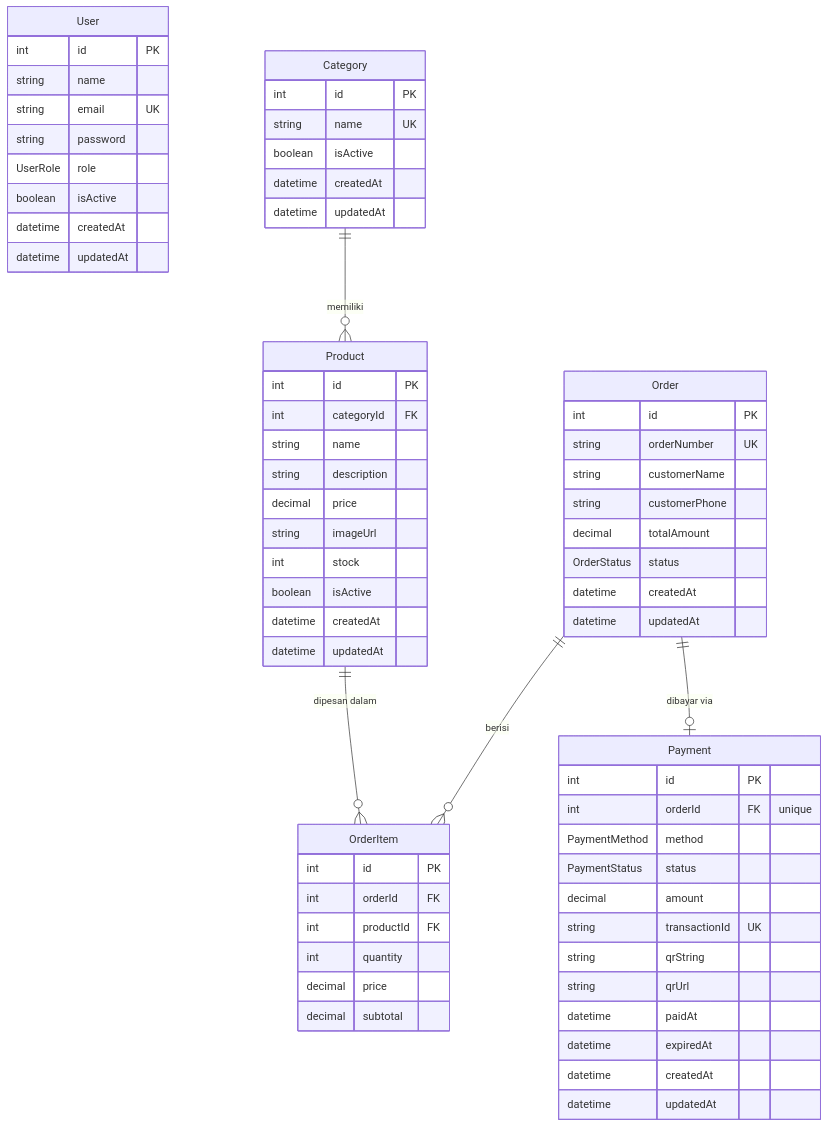
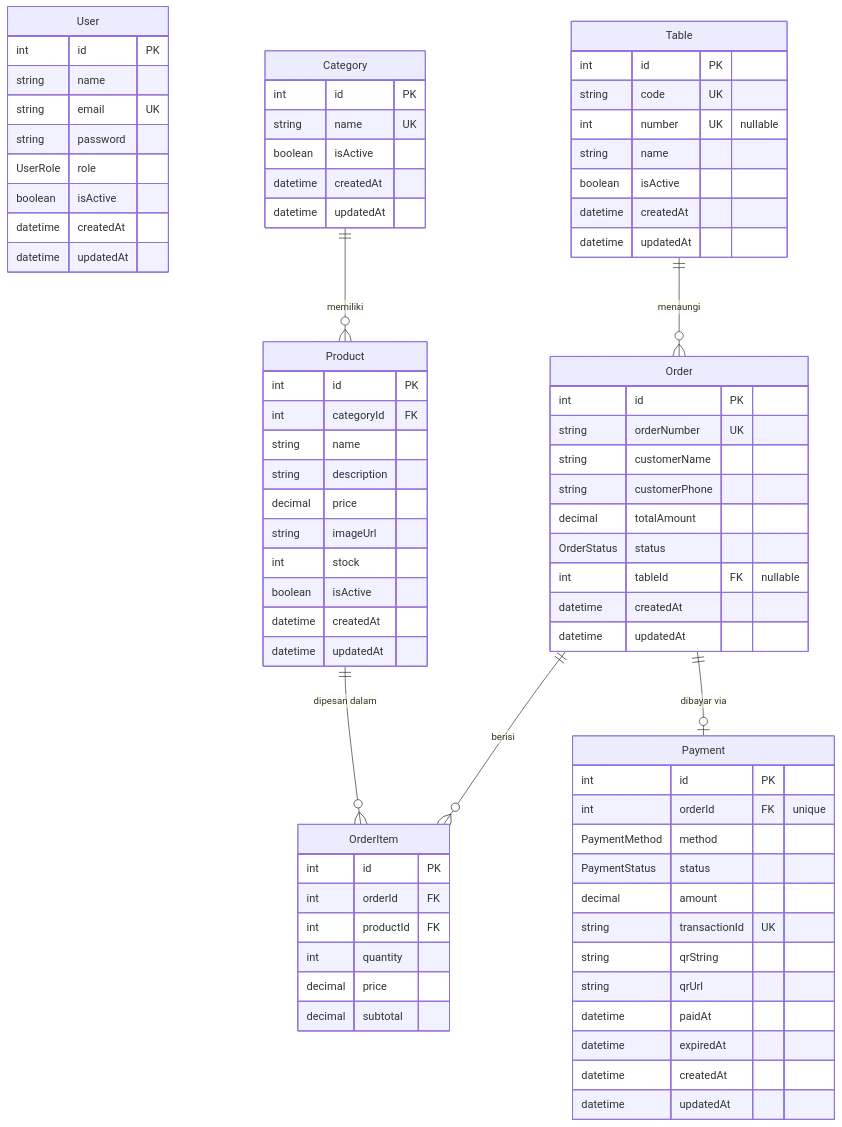
Before and after one commit to zidanabbas/API-NestJS: the diagram in docs/database.md, drawn with Mermaid. The commit also changed other lines of this file and 25 other files, not shown here.

````diff
--- a/docs/database.md
+++ b/docs/database.md
@@ -45,6 +45,7 @@
         string customerPhone
         decimal totalAmount
         OrderStatus status
+        int tableId FK "nullable"
         datetime createdAt
         datetime updatedAt
     }
@@ -73,8 +74,19 @@
         datetime updatedAt
     }
 
+    Table {
+        int id PK
+        string code UK
+        int number UK "nullable"
+        string name
+        boolean isActive
+        datetime createdAt
+        datetime updatedAt
+    }
+
     Category ||--o{ Product : "memiliki"
     Product  ||--o{ OrderItem : "dipesan dalam"
     Order    ||--o{ OrderItem : "berisi"
     Order    ||--o| Payment : "dibayar via"
+    Table    ||--o{ Order : "menaungi"
 ```
````
